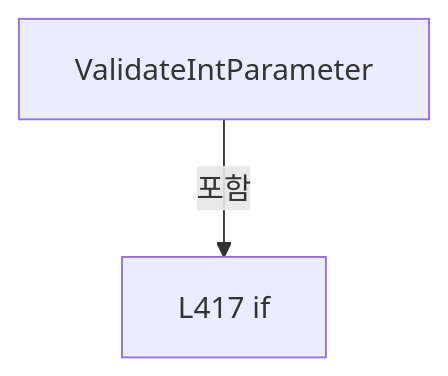
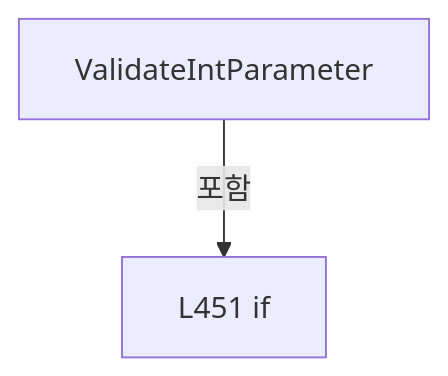
Before and after one commit to kjuws10-rgb/Shared: the tenth of 17 diagrams in A3 LD Code Ref/files/Drilling.File/JHMI/CSettingFile.cs.md, drawn with Mermaid. The commit also changed other lines of this file and 1984 other files, not shown here.

Commit message:
docs(a3): update 11.17.0 architecture and complete code reference

````diff
--- a/A3 LD Code Ref/files/Drilling.File/JHMI/CSettingFile.cs.md
+++ b/A3 LD Code Ref/files/Drilling.File/JHMI/CSettingFile.cs.md
@@ -1885,6 +1954,6 @@
 ```mermaid
 flowchart TD
  M["ValidateIntParameter"]
- N0["L417 if"]
+ N0["L451 if"]
  M -->|포함| N0
 ```
````
